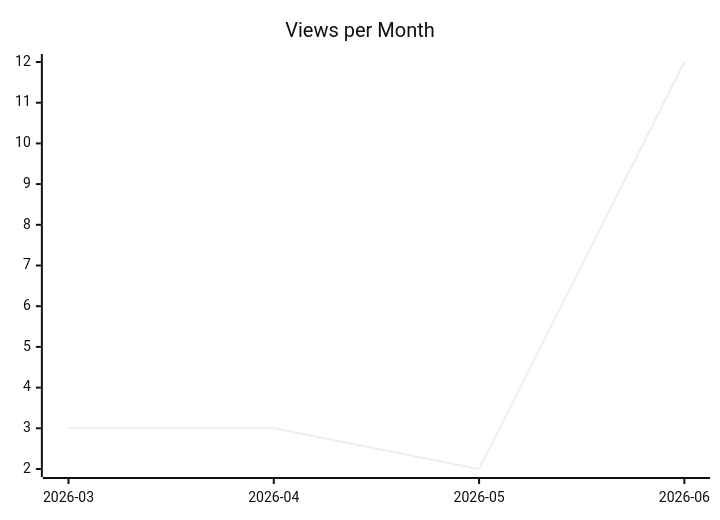
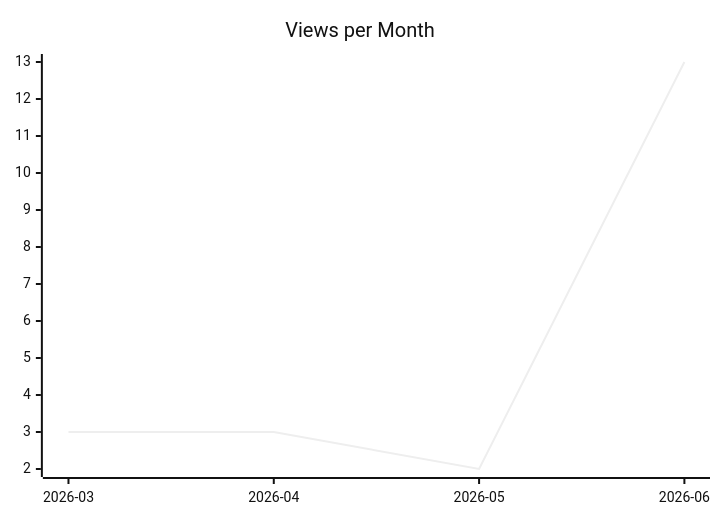
Before and after one commit to justdavis-family/github-analytics-data: the second of 3 diagrams in karlmdavis/rps-tourney/README.md, drawn with Mermaid (neutral theme). The commit also changed other lines of this file and 200 other files, not shown here.

````diff
--- a/karlmdavis/rps-tourney/README.md
+++ b/karlmdavis/rps-tourney/README.md
@@ -12,6 +12,6 @@
 ```mermaid
 xychart-beta
   title "Views per Month"
   x-axis ["2026-03", "2026-04", "2026-05", "2026-06"]
-  line [3, 3, 2, 12]
+  line [3, 3, 2, 13]
 ```
````
